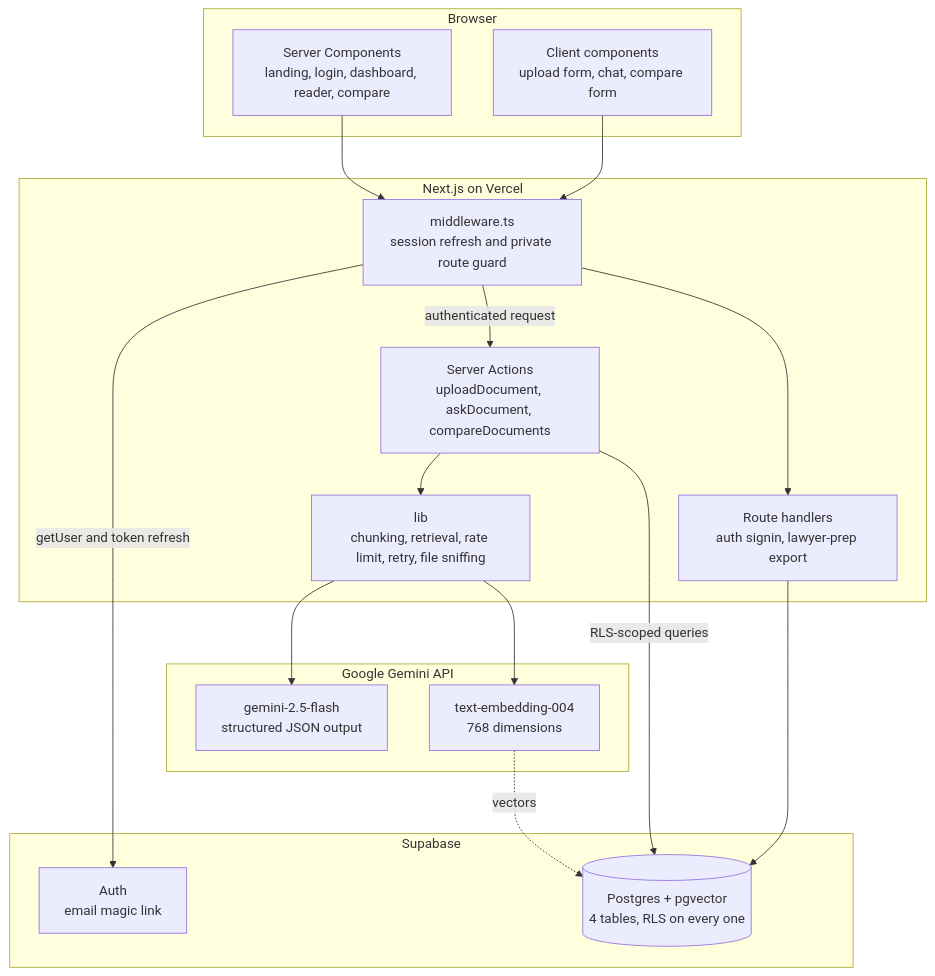
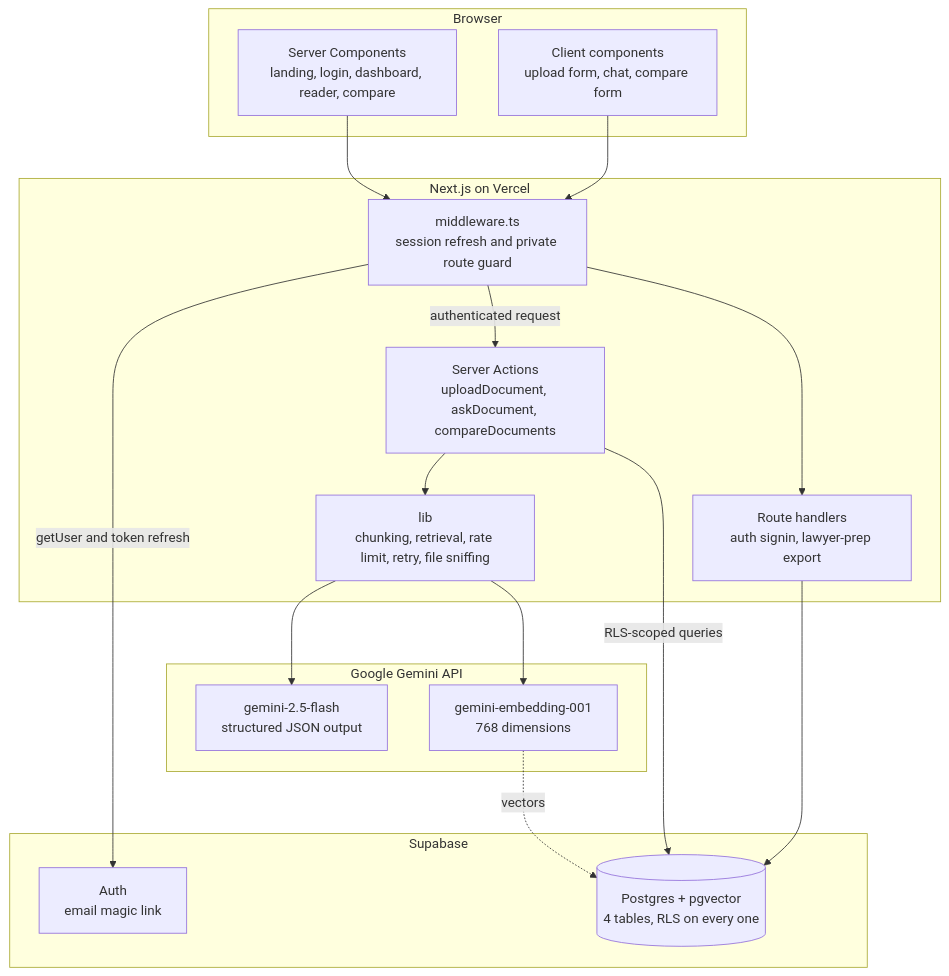
One commit to SabarishR08/lexclear changed the first of 7 diagrams in README.md. Above: the diagram before and after it, drawn with Mermaid. The commit also changed other lines of this file and 4 other files, not shown here.

````diff
--- a/README.md
+++ b/README.md
@@ -80,36 +88,36 @@
 ```mermaid
 flowchart TB
   subgraph browser["Browser"]
     rsc["Server Components<br/>landing, login, dashboard, reader, compare"]
     cc["Client components<br/>upload form, chat, compare form"]
   end
 
   subgraph app["Next.js on Vercel"]
     mw["middleware.ts<br/>session refresh and private route guard"]
     actions["Server Actions<br/>uploadDocument, askDocument, compareDocuments"]
     handlers["Route handlers<br/>auth signin, lawyer-prep export"]
     core["lib<br/>chunking, retrieval, rate limit, retry, file sniffing"]
   end
 
   subgraph google["Google Gemini API"]
     flash["gemini-2.5-flash<br/>structured JSON output"]
-    embed["text-embedding-004<br/>768 dimensions"]
+    embed["gemini-embedding-001<br/>768 dimensions"]
   end
 
   subgraph supa["Supabase"]
     authn["Auth<br/>email magic link"]
     pg[("Postgres + pgvector<br/>4 tables, RLS on every one")]
   end
 
   rsc --> mw
   cc --> mw
   mw -->|"authenticated request"| actions
   mw --> handlers
   mw -->|"getUser and token refresh"| authn
   actions --> core
   core --> flash
   core --> embed
   embed -.->|"vectors"| pg
   actions -->|"RLS-scoped queries"| pg
   handlers --> pg
 ```
````
